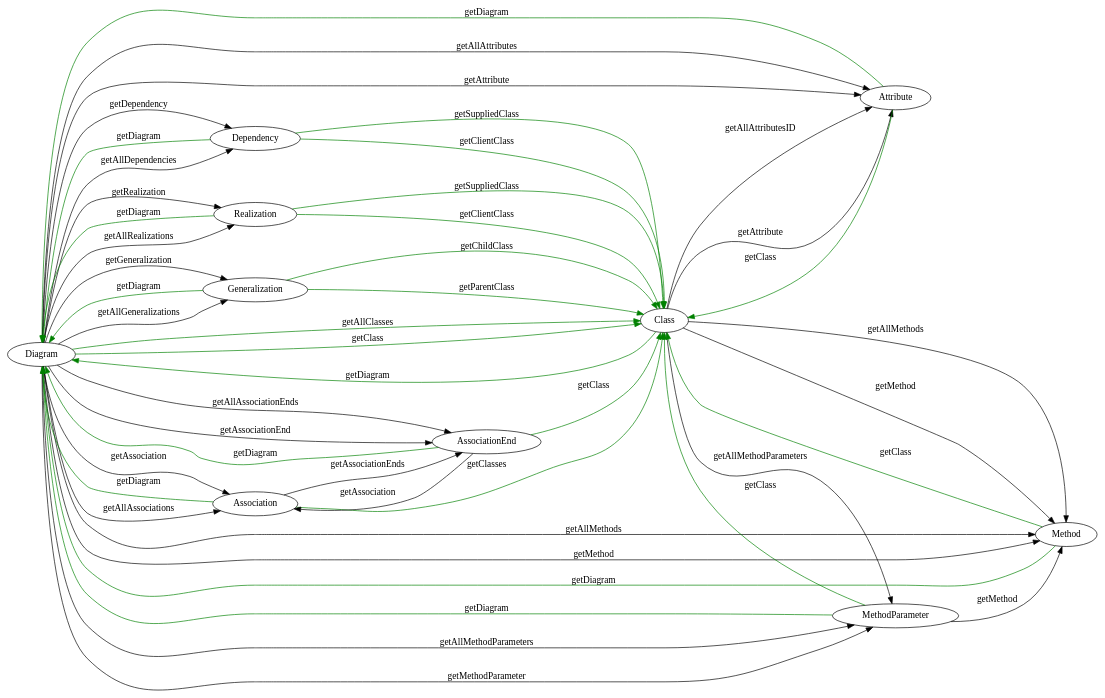
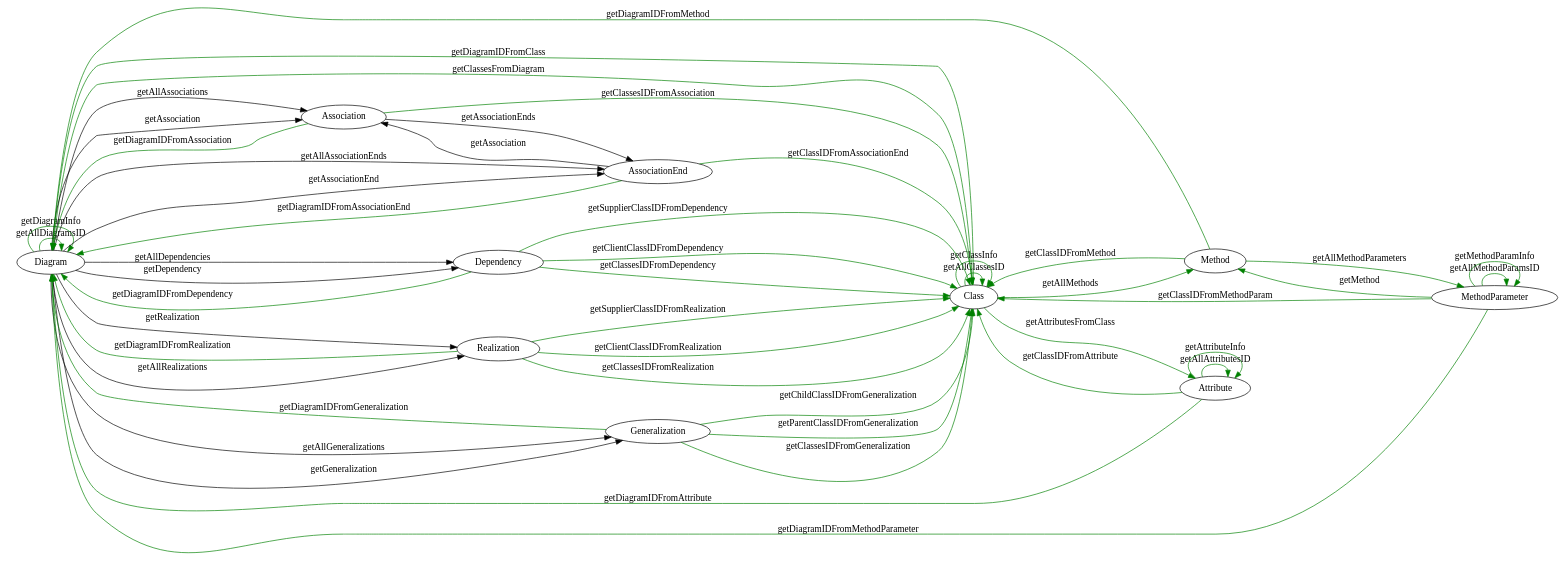
Before and after one commit to sbucaille/restlindholmen: the diagram in pathModelisation.dot, drawn with Graphviz. The commit also changed 11 other files, not shown here.

First line of the commit message:
- Addition of support for generic paths for classes, attributes, methods, method parameters. With the .dot file updated to see in a graphical way how the paths connect each entity.

```diff
--- a/pathModelisation.dot
+++ b/pathModelisation.dot
@@ -1,74 +1,82 @@
 digraph Automaton {
 rankdir = LR
 0 [label = "Diagram"];
 1 [label = "Class"];
 2 [label = "Attribute"];
 3 [label = "Method"];
 4 [label = "MethodParameter"];
 5 [label = "Association"];
 6 [label = "AssociationEnd"];
 7 [label = "Dependency"];
 8 [label = "Realization"];
 9 [label = "Generalization"];
 
-1 -> 0 [label = "getDiagram" color="green"]
-2 -> 0 [label = "getDiagram" color="green"]
-3 -> 0 [label = "getDiagram" color="green"]
-4 -> 0 [label = "getDiagram" color="green"]
-5 -> 0 [label = "getDiagram" color="green"]
-6 -> 0 [label = "getDiagram" color="green"]
-7 -> 0 [label = "getDiagram" color="green"]
-8 -> 0 [label = "getDiagram" color="green"]
-9 -> 0 [label = "getDiagram" color="green"]
+0 -> 0 [label = "getAllDiagramsID" color="green"]
+0 -> 0 [label = "getDiagramInfo" color="green"]
+1 -> 0 [label = "getDiagramIDFromClass" color="green"]
+2 -> 0 [label = "getDiagramIDFromAttribute" color="green"]
+3 -> 0 [label = "getDiagramIDFromMethod" color="green"]
+4 -> 0 [label = "getDiagramIDFromMethodParameter" color="green"]
+5 -> 0 [label = "getDiagramIDFromAssociation" color="green"]
+6 -> 0 [label = "getDiagramIDFromAssociationEnd" color="green"]
+7 -> 0 [label = "getDiagramIDFromDependency" color="green"]
+8 -> 0 [label = "getDiagramIDFromRealization" color="green"]
+9 -> 0 [label = "getDiagramIDFromGeneralization" color="green"]
 
+1 -> 1 [label = "getAllClassesID" color="green"]
+1 -> 1 [label = "getClassInfo" color="green"]
+0 -> 1 [label = "getClassesFromDiagram" color="green"]
+2 -> 1 [label = "getClassIDFromAttribute" color="green"]
+3 -> 1 [label = "getClassIDFromMethod" color="green"]
+4 -> 1 [label = "getClassIDFromMethodParam" color="green"]
+5 -> 1 [label = "getClassesIDFromAssociation" color="green"] //Get the two classes associated
+6 -> 1 [label = "getClassIDFromAssociationEnd" color="green"]
+7 -> 1 [label = "getClassesIDFromDependency" color="green"]
+7 -> 1 [label = "getSupplierClassIDFromDependency" color="green"]
+7 -> 1 [label = "getClientClassIDFromDependency" color="green"]
+8 -> 1 [label = "getClassesIDFromRealization" color="green"]
+8 -> 1 [label = "getSupplierClassIDFromRealization" color="green"]
+8 -> 1 [label = "getClientClassIDFromRealization" color="green"]
+9 -> 1 [label = "getClassesIDFromGeneralization" color="green"]
+9 -> 1 [label = "getChildClassIDFromGeneralization" color="green"]
+9 -> 1 [label = "getParentClassIDFromGeneralization" color="green"]
 
-0 -> 1 [label = "getAllClasses" color="green"]
-0 -> 1 [label = "getClass" color="green"]
-2 -> 1 [label = "getClass" color="green"]
-3 -> 1 [label = "getClass" color="green"]
-4 -> 1 [label = "getClass" color="green"]
-5 -> 1 [label = "getClasses" color="green"] //Get the two classes associated
-6 -> 1 [label = "getClass" color="green"]
-7 -> 1 [label = "getSuppliedClass" color="green"]
-7 -> 1 [label = "getClientClass" color="green"]
-8 -> 1 [label = "getSuppliedClass" color="green"]
-8 -> 1 [label = "getClientClass" color="green"]
-9 -> 1 [label = "getChildClass" color="green"]
-9 -> 1 [label = "getParentClass" color="green"]
+2 -> 2 [label = "getAllAttributesID" color="green"]
+2 -> 2 [label = "getAttributeInfo" color="green"]
+1 -> 2 [label = "getAttributesFromClass" color="green"]
 
-0 -> 2 [label = "getAllAttributes"]
-0 -> 2 [label = "getAttribute"]
-0 -> 3 [label = "getAllMethods"]
-0 -> 3 [label = "getMethod"]
-0 -> 4 [label = "getAllMethodParameters"]
-0 -> 4 [label = "getMethodParameter"]
+1 -> 3 [label = "getAllMethods" color="green"]
+4 -> 3 [label = "getMethod" color="green"]
+
+4 -> 4 [label = "getAllMethodParamsID" color="green"]
+4 -> 4 [label = "getMethodParamInfo" color="green"]
+3 -> 4 [label = "getAllMethodParameters" color="green"]
+
 0 -> 5 [label = "getAllAssociations"]
 0 -> 5 [label = "getAssociation"]
+
 0 -> 6 [label = "getAllAssociationEnds"]
 0 -> 6 [label = "getAssociationEnd"]
 0 -> 7 [label = "getAllDependencies"]
 0 -> 7 [label = "getDependency"]
 0 -> 8 [label = "getAllRealizations"]
 0 -> 8 [label = "getRealization"]
 0 -> 9 [label = "getAllGeneralizations"]
 0 -> 9 [label = "getGeneralization"]
 
-1 -> 2 [label = "getAllAttributesID"]
-1 -> 2 [label = "getAttribute"]
-1 -> 3 [label = "getAllMethods"]
-1 -> 3 [label = "getMethod"]
-1 -> 4 [label = "getAllMethodParameters"]
 
 
 
 
-4 -> 3 [label = "getMethod"]
+
+
+
 
 5 -> 6 [label = "getAssociationEnds"]
 
 6 -> 5 [label = "getAssociation"]
 
 
 
 
 }
```
